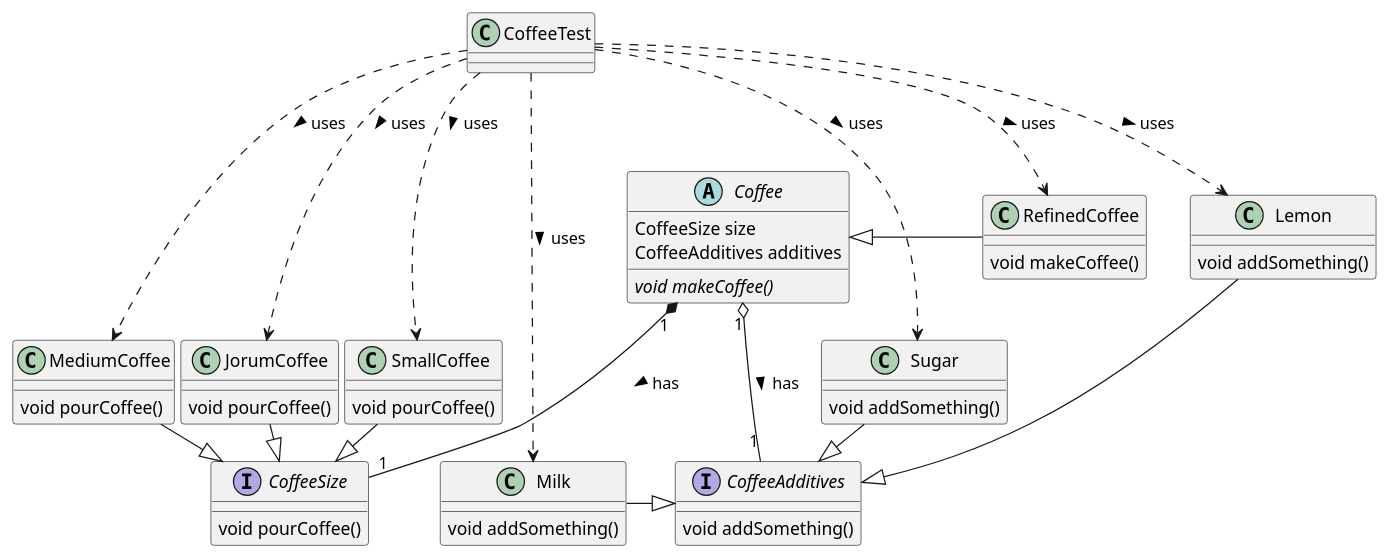
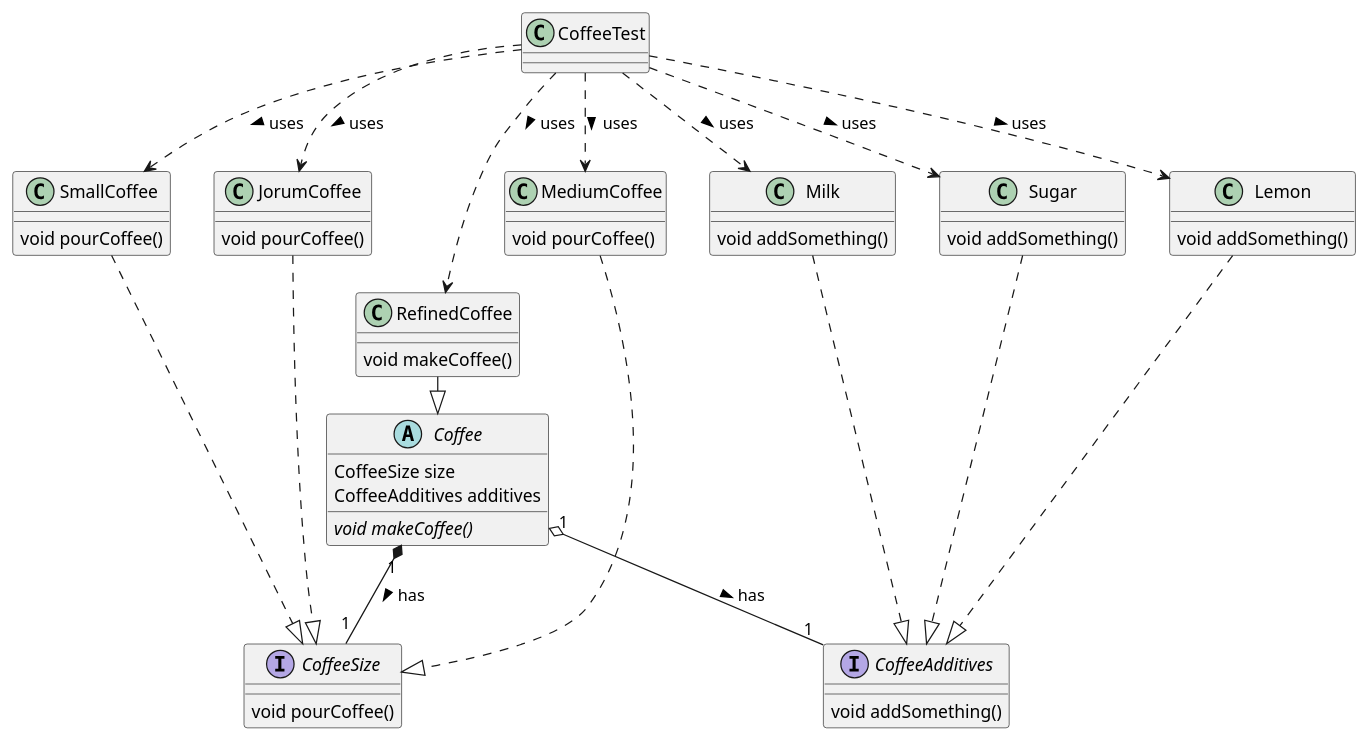
Before and after one commit to xiwuqi/Software-design-homework: the diagram in src/main/java/com/example/homework/Bridge_pattern/Bridge_pattern.puml, drawn with PlantUML. The commit also changed 5 other files, not shown here.

```diff
--- a/src/main/java/com/example/homework/Bridge_pattern/Bridge_pattern.puml
+++ b/src/main/java/com/example/homework/Bridge_pattern/Bridge_pattern.puml
@@ -1,77 +1,77 @@
 @startuml
 
 ' 抽象
 interface CoffeeSize {
     void pourCoffee()
 }
 
 class JorumCoffee {
     void pourCoffee()
 }
 
 class MediumCoffee {
     void pourCoffee()
 }
 
 class SmallCoffee {
     void pourCoffee()
 }
 
 ' 实现
 interface CoffeeAdditives {
     void addSomething()
 }
 
 class Milk {
     void addSomething()
 }
 
 class Sugar {
     void addSomething()
 }
 
 class Lemon {
     void addSomething()
 }
 
 ' 抽象与实现之间的桥梁
 abstract class Coffee {
     {field} CoffeeSize size
     {field} CoffeeAdditives additives
     {abstract} void makeCoffee()
 }
 
 ' 细化的抽象
 class RefinedCoffee {
     void makeCoffee()
 }
 
 ' 测试类
 class CoffeeTest {
 }
 
-' 泛化关系
-JorumCoffee -|> CoffeeSize
-MediumCoffee -|> CoffeeSize
-SmallCoffee -|> CoffeeSize
+' 实现关系
+JorumCoffee ..-|> CoffeeSize
+MediumCoffee ..-|> CoffeeSize
+SmallCoffee ..-|> CoffeeSize
 
-Milk -|> CoffeeAdditives
-Sugar -|> CoffeeAdditives
-Lemon -|> CoffeeAdditives
+Milk ..-|> CoffeeAdditives
+Sugar ..-|> CoffeeAdditives
+Lemon ..-|> CoffeeAdditives
 
 RefinedCoffee -|> Coffee
 
 ' 关联关系
 Coffee "1" *-- "1" CoffeeSize : has >
 Coffee "1" o-- "1" CoffeeAdditives : has >
 
 ' 依赖关系
 CoffeeTest ..> RefinedCoffee : uses >
 CoffeeTest ..> JorumCoffee : uses >
 CoffeeTest ..> MediumCoffee : uses >
 CoffeeTest ..> SmallCoffee : uses >
 CoffeeTest ..> Milk : uses >
 CoffeeTest ..> Sugar : uses >
 CoffeeTest ..> Lemon : uses >
 
 @enduml
```
